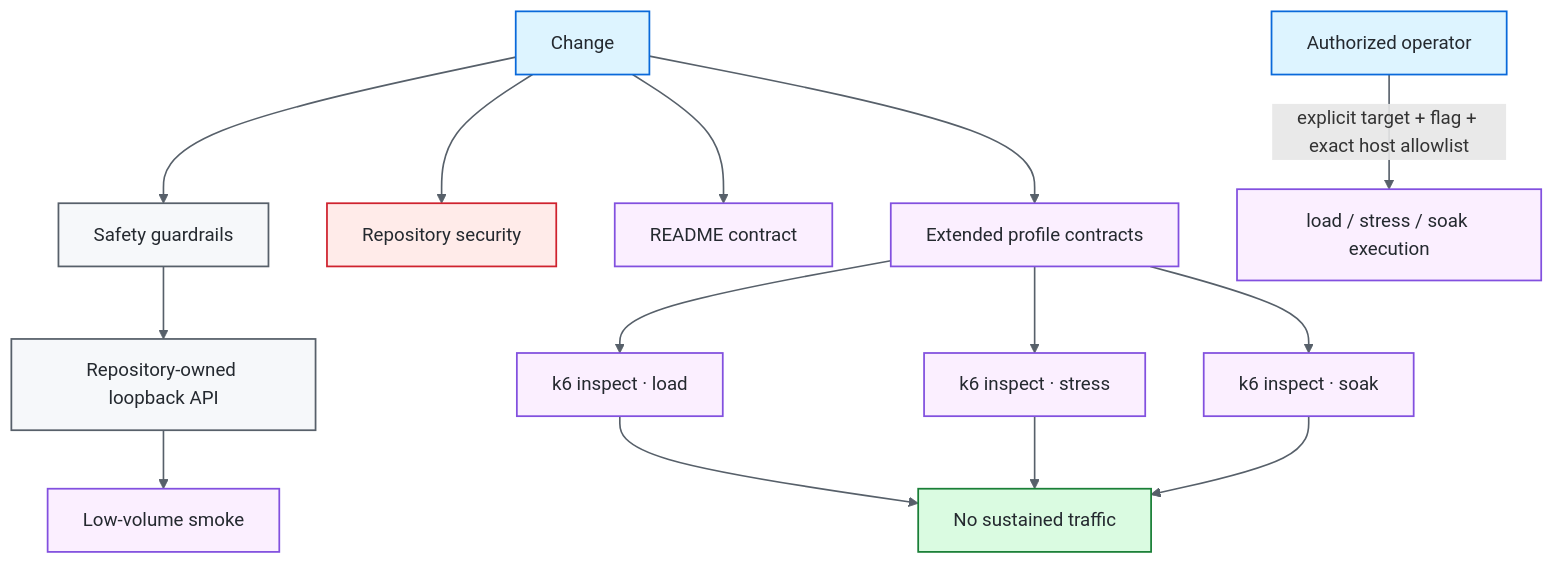
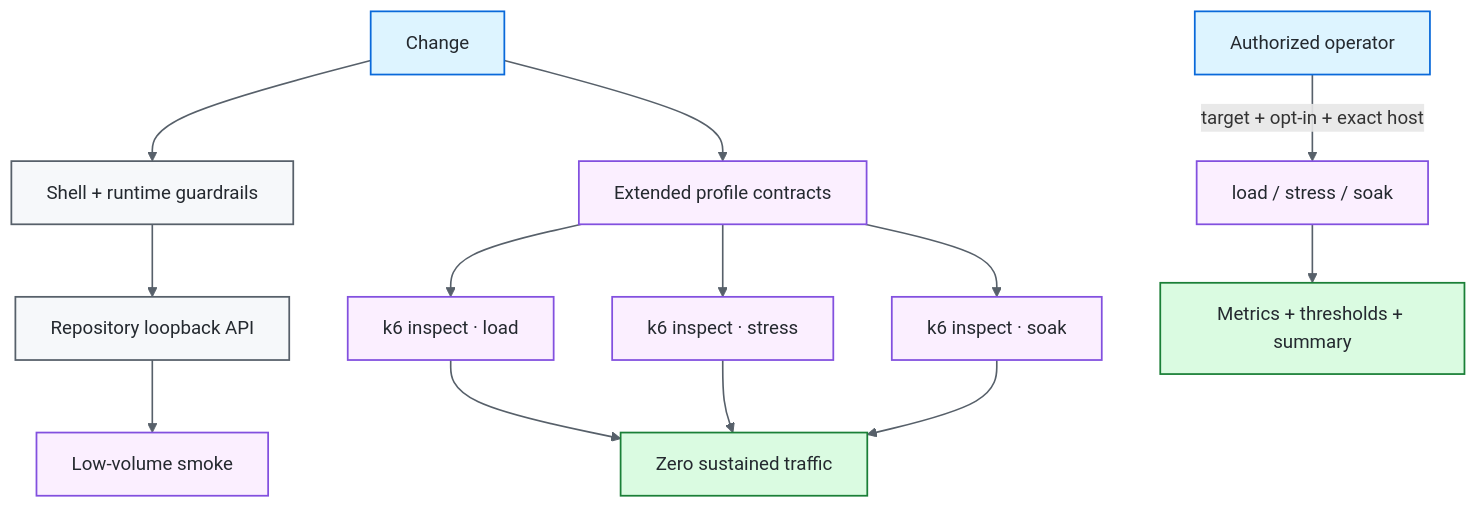
Before and after one commit to portyu9/qa-automation-load-k6: the diagram in README.md, drawn with Mermaid. The commit also changed other lines of this file, not shown here.

````diff
--- a/README.md
+++ b/README.md
@@ -36,28 +39,25 @@
 ```mermaid
 flowchart TD
-    CHANGE[Change] --> GUARD[Safety guardrails]
-    GUARD --> FIXTURE[Repository-owned loopback API]
-    FIXTURE --> SMOKE[Low-volume smoke]
-    CHANGE --> SEC[Repository security]
-    CHANGE --> DOCS[README contract]
+    CHANGE[Change] --> GUARD[Shell + runtime guardrails]
+    GUARD --> FIX[Repository loopback API]
+    FIX --> SMOKE[Low-volume smoke]
     CHANGE --> EXT[Extended profile contracts]
     EXT --> L[k6 inspect · load]
     EXT --> ST[k6 inspect · stress]
     EXT --> SO[k6 inspect · soak]
-    L --> ZERO[No sustained traffic]
+    L --> ZERO[Zero sustained traffic]
     ST --> ZERO
     SO --> ZERO
-    OP[Authorized operator] -->|explicit target + flag + exact host allowlist| RUN[load / stress / soak execution]
+    OP[Authorized operator] -->|target + opt-in + exact host| RUN[load / stress / soak]
+    RUN --> SUMMARY[Metrics + thresholds + summary]
 
     classDef entry fill:#ddf4ff,stroke:#0969da,color:#24292f,stroke-width:1.5px;
     classDef core fill:#f6f8fa,stroke:#57606a,color:#24292f,stroke-width:1.5px;
     classDef gate fill:#fbefff,stroke:#8250df,color:#24292f,stroke-width:1.5px;
     classDef evidence fill:#dafbe1,stroke:#1a7f37,color:#24292f,stroke-width:1.5px;
-    classDef security fill:#ffebe9,stroke:#cf222e,color:#24292f,stroke-width:1.5px;
     class CHANGE,OP entry;
-    class GUARD,FIXTURE core;
-    class SMOKE,EXT,L,ST,SO,RUN,DOCS gate;
-    class SEC security;
-    class ZERO evidence;
+    class GUARD,FIX core;
+    class SMOKE,EXT,L,ST,SO,RUN gate;
+    class ZERO,SUMMARY evidence;
     linkStyle default stroke:#57606a,stroke-width:1.4px;
 ```
````
